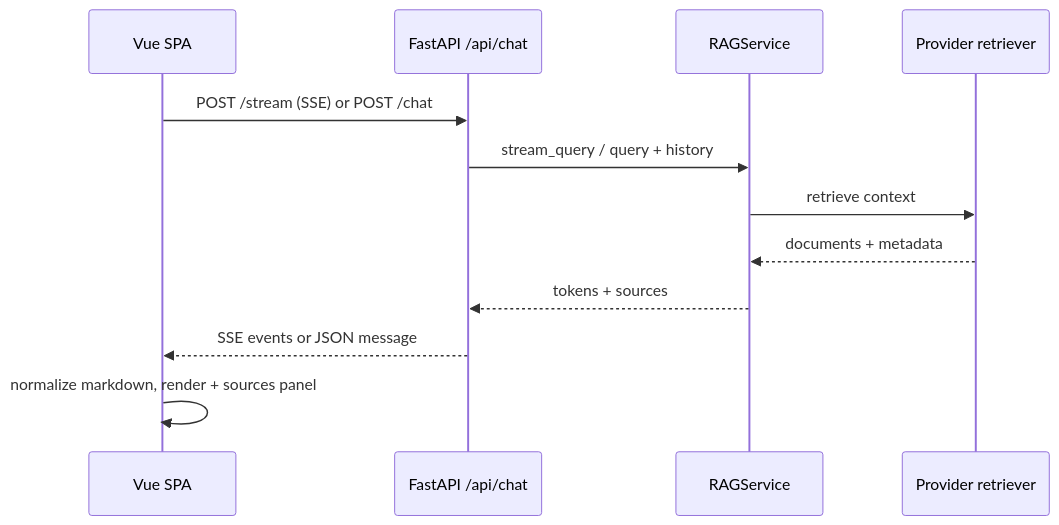
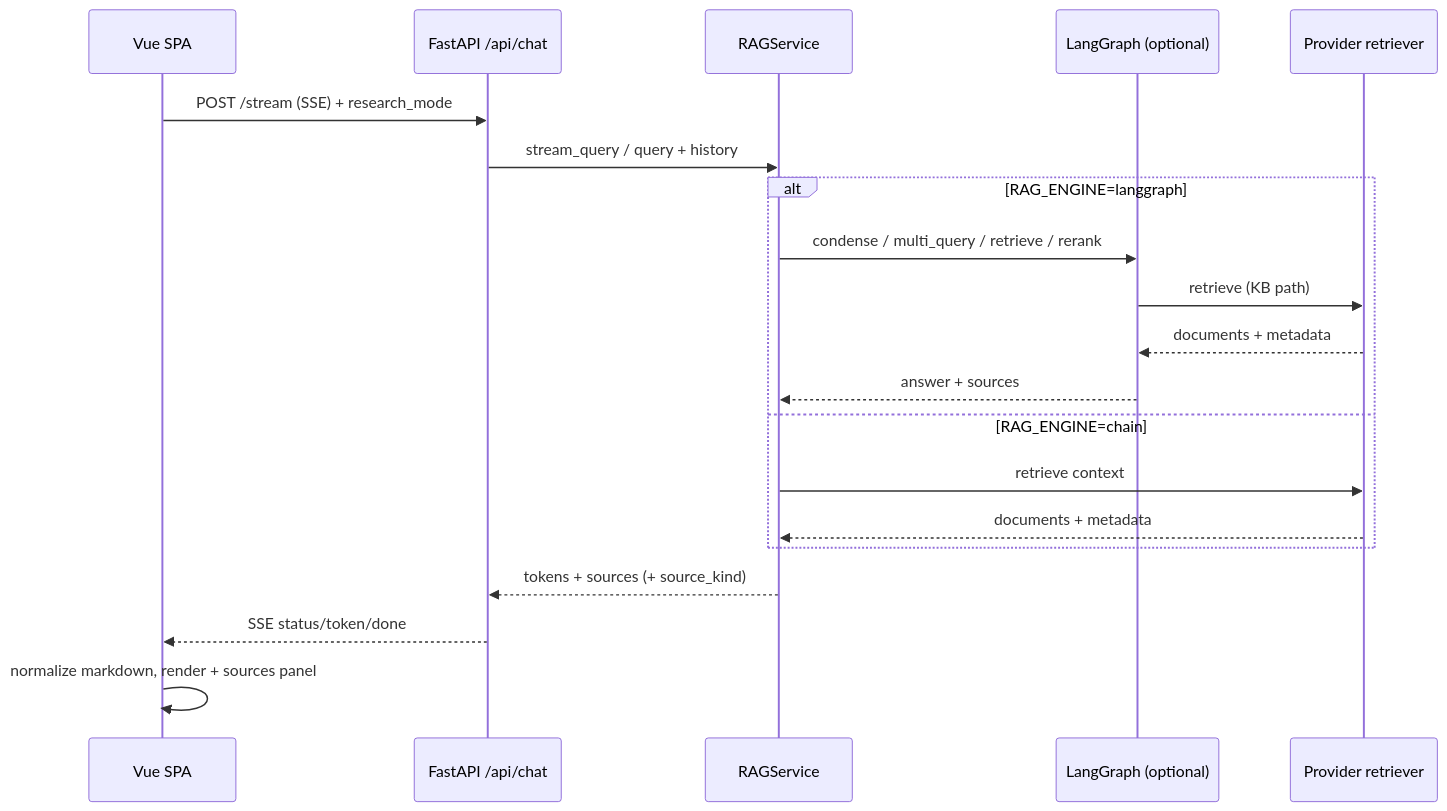
The diagram in docs/ARCHITECTURE.md (sandeep-jay/campus-rag-assistant), drawn with Mermaid before and after one commit. The commit also changed other lines of this file and 19 other files, not shown here.

First line of the commit message:
docs: cohesive product narrative, DESIGN.md, and PRODUCT_ROADMAP

````diff
--- a/docs/ARCHITECTURE.md
+++ b/docs/ARCHITECTURE.md
@@ -44,15 +66,23 @@
 ```mermaid
 sequenceDiagram
   participant UI as Vue SPA
   participant API as FastAPI /api/chat
   participant RAG as RAGService
+  participant Graph as LangGraph (optional)
   participant KB as Provider retriever
 
-  UI->>API: POST /stream (SSE) or POST /chat
+  UI->>API: POST /stream (SSE) + research_mode
   API->>RAG: stream_query / query + history
-  RAG->>KB: retrieve context
-  KB-->>RAG: documents + metadata
-  RAG-->>API: tokens + sources
-  API-->>UI: SSE events or JSON message
+  alt RAG_ENGINE=langgraph
+    RAG->>Graph: condense / multi_query / retrieve / rerank
+    Graph->>KB: retrieve (KB path)
+    KB-->>Graph: documents + metadata
+    Graph-->>RAG: answer + sources
+  else RAG_ENGINE=chain
+    RAG->>KB: retrieve context
+    KB-->>RAG: documents + metadata
+  end
+  RAG-->>API: tokens + sources (+ source_kind)
+  API-->>UI: SSE status/token/done
   UI->>UI: normalize markdown, render + sources panel
 ```
````
